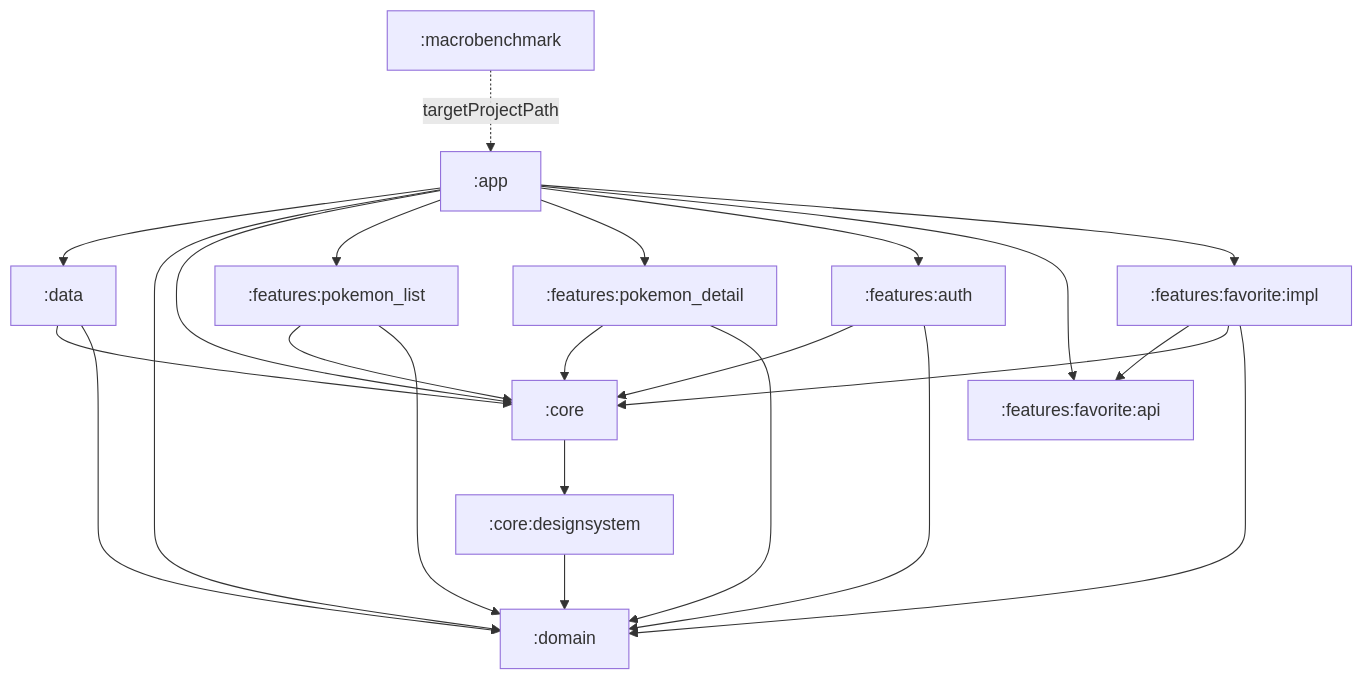
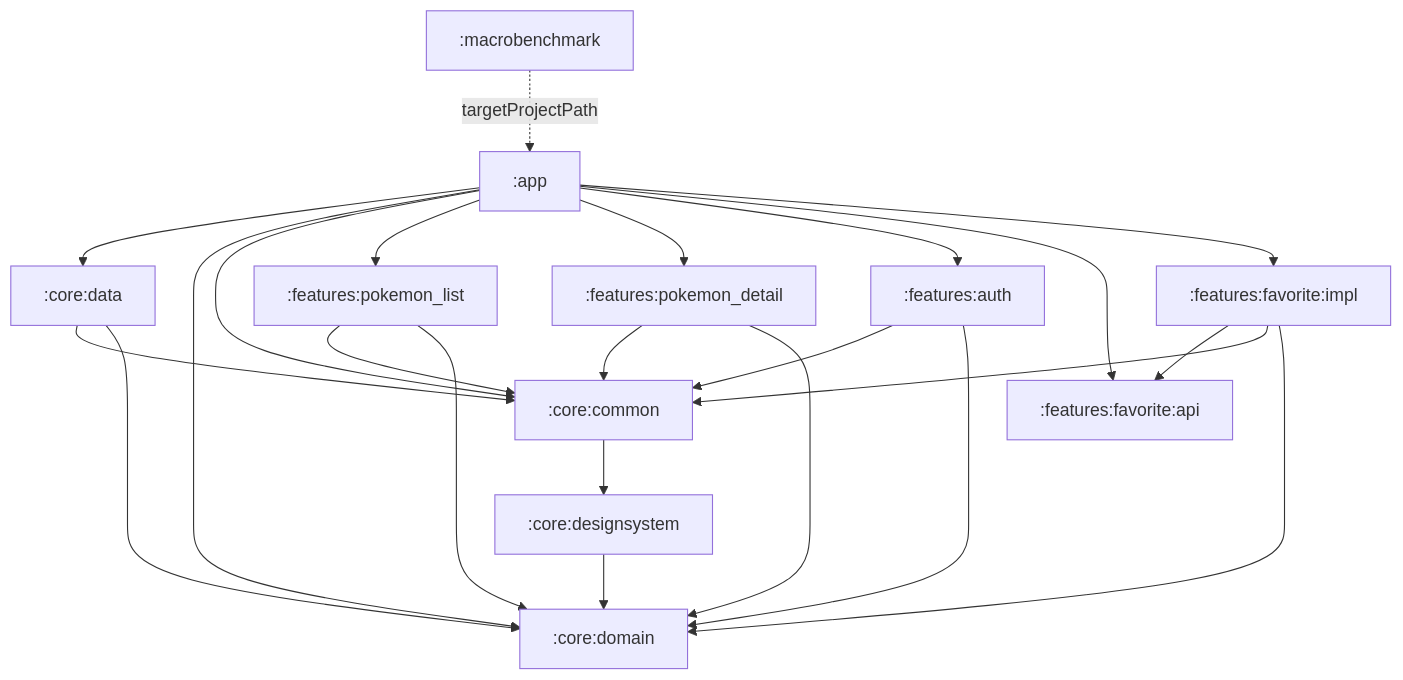
Before and after one commit to MatteoSomensi/pokedex: the second of 4 diagrams in README.md, drawn with Mermaid. The commit also changed other lines of this file and 65 other files, not shown here.

````diff
--- a/README.md
+++ b/README.md
@@ -147,37 +147,37 @@
 ```mermaid
 flowchart TD
     APP[:app]
-    CORE[:core]
+    CORE[:core:common]
     DS[:core:designsystem]
-    DOMAIN[:domain]
-    DATA[:data]
+    DOMAIN[:core:domain]
+    DATA[:core:data]
     LIST[:features:pokemon_list]
     DETAIL[:features:pokemon_detail]
     AUTH[:features:auth]
     FAVAPI[:features:favorite:api]
     FAVIMPL[:features:favorite:impl]
     BENCH[:macrobenchmark]
 
     APP --> DATA
     APP --> DOMAIN
     APP --> CORE
     APP --> LIST
     APP --> DETAIL
     APP --> AUTH
     APP --> FAVAPI
     APP --> FAVIMPL
     LIST --> CORE
     LIST --> DOMAIN
     DETAIL --> CORE
     DETAIL --> DOMAIN
     AUTH --> CORE
     AUTH --> DOMAIN
     FAVIMPL --> FAVAPI
     FAVIMPL --> CORE
     FAVIMPL --> DOMAIN
     CORE --> DS
     DS --> DOMAIN
     DATA --> CORE
     DATA --> DOMAIN
     BENCH -.targetProjectPath.-> APP
 ```
````
